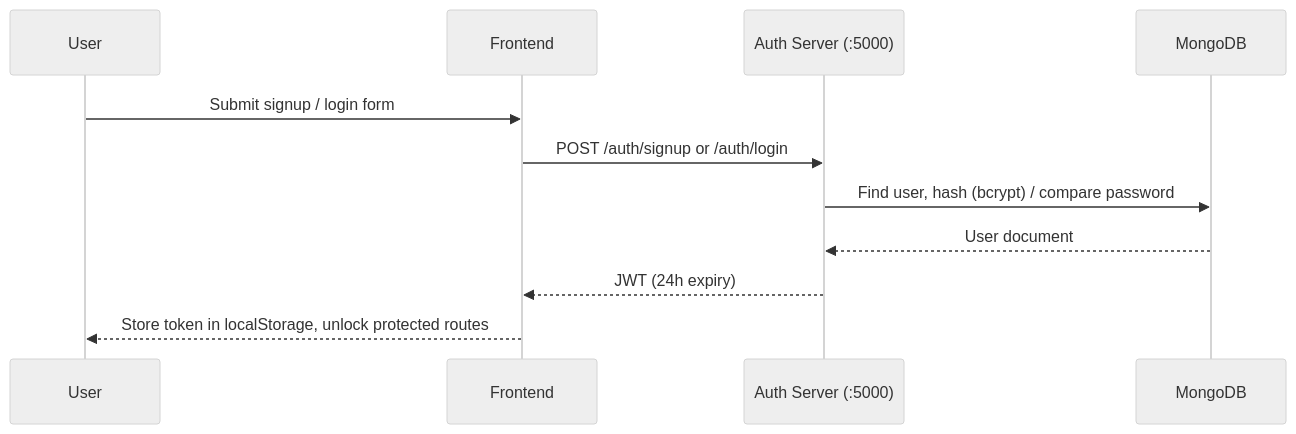
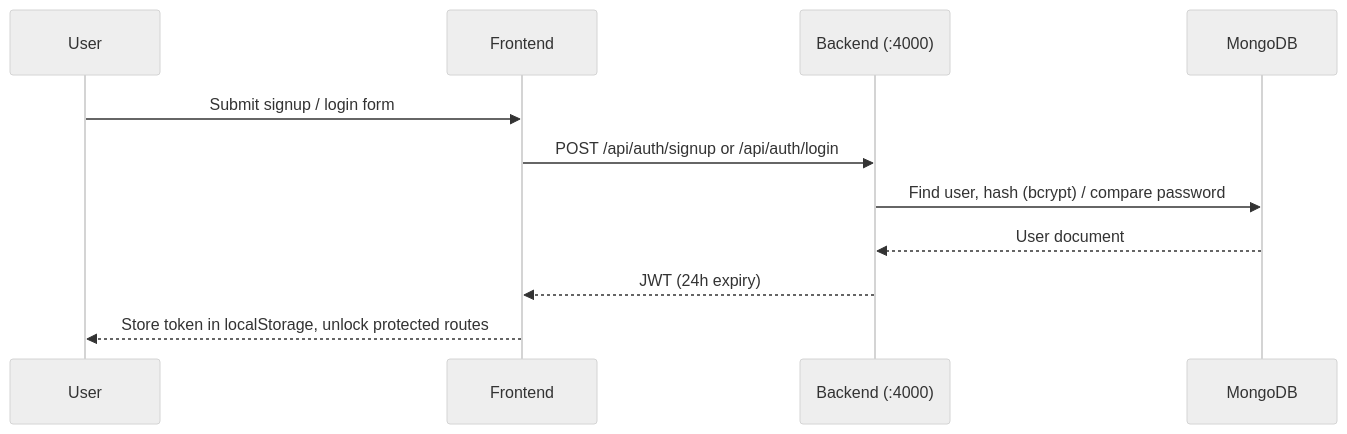
One commit to coffeecookey/mediMate changed the third of 4 diagrams in README.md. Above: the diagram before and after it, drawn with Mermaid (neutral theme). The commit also changed other lines of this file and 25 other files, not shown here.

````diff
--- a/README.md
+++ b/README.md
@@ -154,14 +152,14 @@
 ```mermaid
 sequenceDiagram
     participant U as User
     participant FE as Frontend
-    participant AS as Auth Server (:5000)
+    participant API as Backend (:4000)
     participant DB as MongoDB
 
     U->>FE: Submit signup / login form
-    FE->>AS: POST /auth/signup or /auth/login
-    AS->>DB: Find user, hash (bcrypt) / compare password
-    DB-->>AS: User document
-    AS-->>FE: JWT (24h expiry)
+    FE->>API: POST /api/auth/signup or /api/auth/login
+    API->>DB: Find user, hash (bcrypt) / compare password
+    DB-->>API: User document
+    API-->>FE: JWT (24h expiry)
     FE-->>U: Store token in localStorage, unlock protected routes
 ```
````
